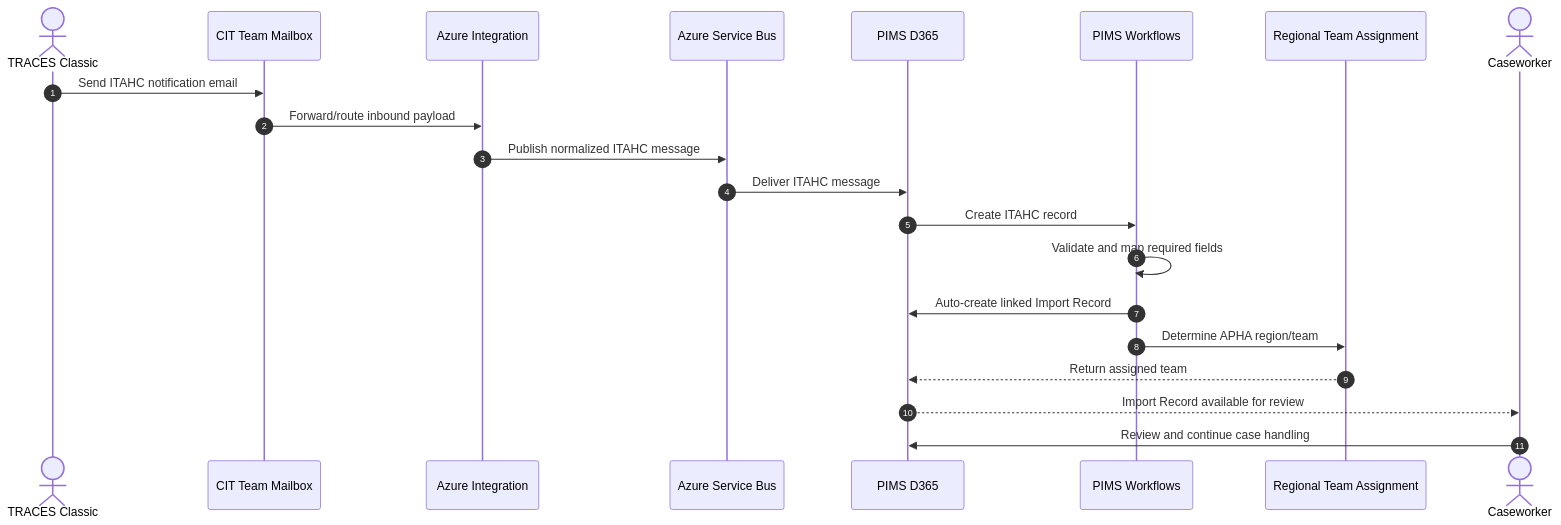
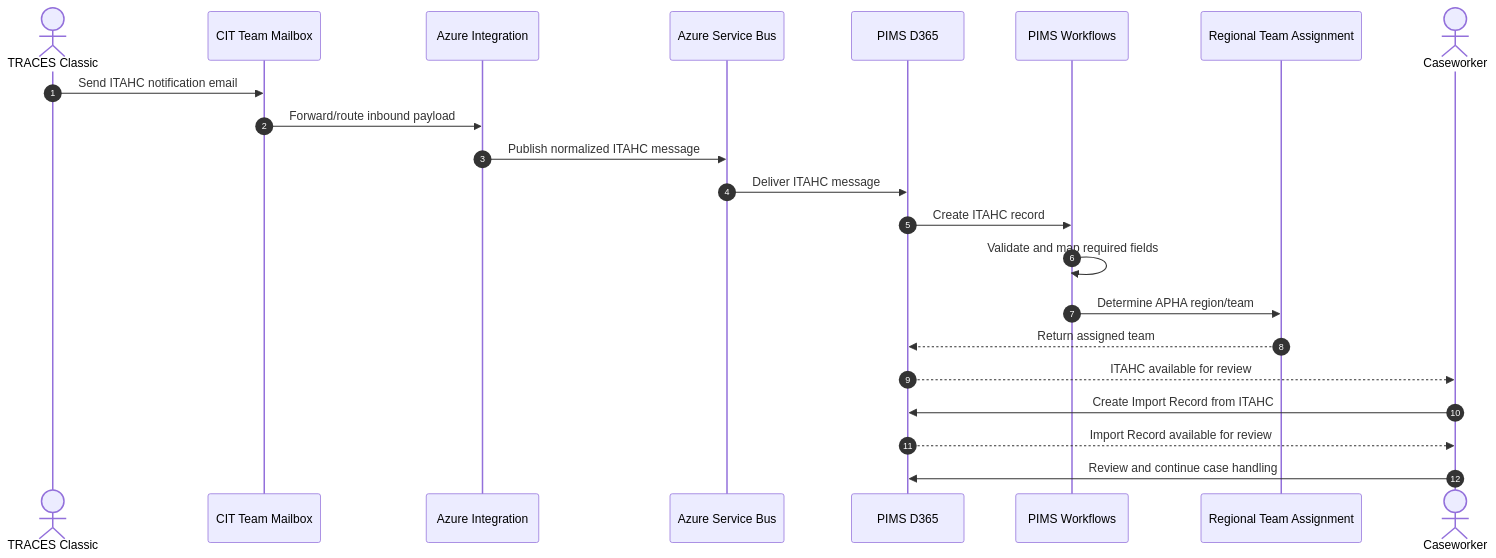
Before and after one commit to DEFRA/trade-imports-pims: the first of 7 diagrams in docs/requirements/diagrams/sequence-diagrams.md, drawn with Mermaid. The commit also changed other lines of this file and 39 other files, not shown here.

````diff
--- a/docs/requirements/diagrams/sequence-diagrams.md
+++ b/docs/requirements/diagrams/sequence-diagrams.md
@@ -7,24 +7,25 @@
 ```mermaid
 sequenceDiagram
     autonumber
     actor TRACES as TRACES Classic
     participant CIT as CIT Team Mailbox
     participant AZ as Azure Integration
     participant SB as Azure Service Bus
     participant PIMS as PIMS D365
     participant WF as PIMS Workflows
     participant TEAM as Regional Team Assignment
     actor CW as Caseworker
 
     TRACES->>CIT: Send ITAHC notification email
     CIT->>AZ: Forward/route inbound payload
     AZ->>SB: Publish normalized ITAHC message
     SB->>PIMS: Deliver ITAHC message
     PIMS->>WF: Create ITAHC record
     WF->>WF: Validate and map required fields
-    WF->>PIMS: Auto-create linked Import Record
     WF->>TEAM: Determine APHA region/team
     TEAM-->>PIMS: Return assigned team
+    PIMS-->>CW: ITAHC available for review
+    CW->>PIMS: Create Import Record from ITAHC
     PIMS-->>CW: Import Record available for review
     CW->>PIMS: Review and continue case handling
 ```
````
